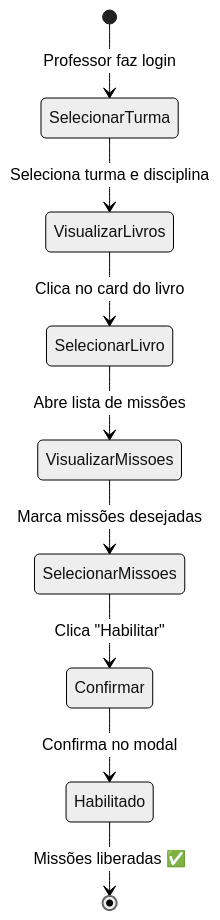
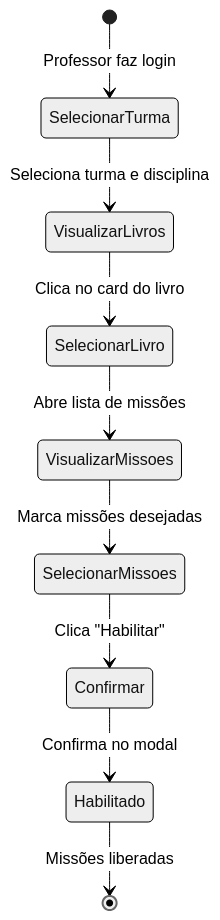
One commit to fabioeducacross/Ambiente_de_Prototipacao_V5 changed the diagram in documentation/docs/fluxos/habilitar-missoes.md. Above: the diagram before and after it, drawn with Mermaid (neutral theme). The commit also changed other lines of this file and 60 other files, not shown here.

````diff
--- a/documentation/docs/fluxos/habilitar-missoes.md
+++ b/documentation/docs/fluxos/habilitar-missoes.md
@@ -39,14 +41,14 @@
 ```mermaid
 stateDiagram-v2
     [*] --> SelecionarTurma: Professor faz login
     
     SelecionarTurma --> VisualizarLivros: Seleciona turma e disciplina
     VisualizarLivros --> SelecionarLivro: Clica no card do livro
     SelecionarLivro --> VisualizarMissoes: Abre lista de missões
     
     VisualizarMissoes --> SelecionarMissoes: Marca missões desejadas
     SelecionarMissoes --> Confirmar: Clica "Habilitar"
     Confirmar --> Habilitado: Confirma no modal
     
-    Habilitado --> [*]: Missões liberadas ✅
+    Habilitado --> [*]: Missões liberadas
 ```
````
